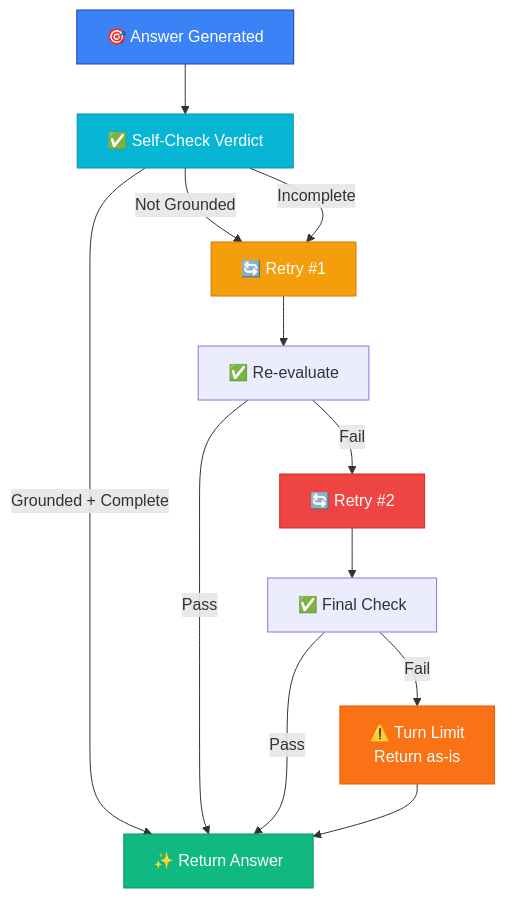
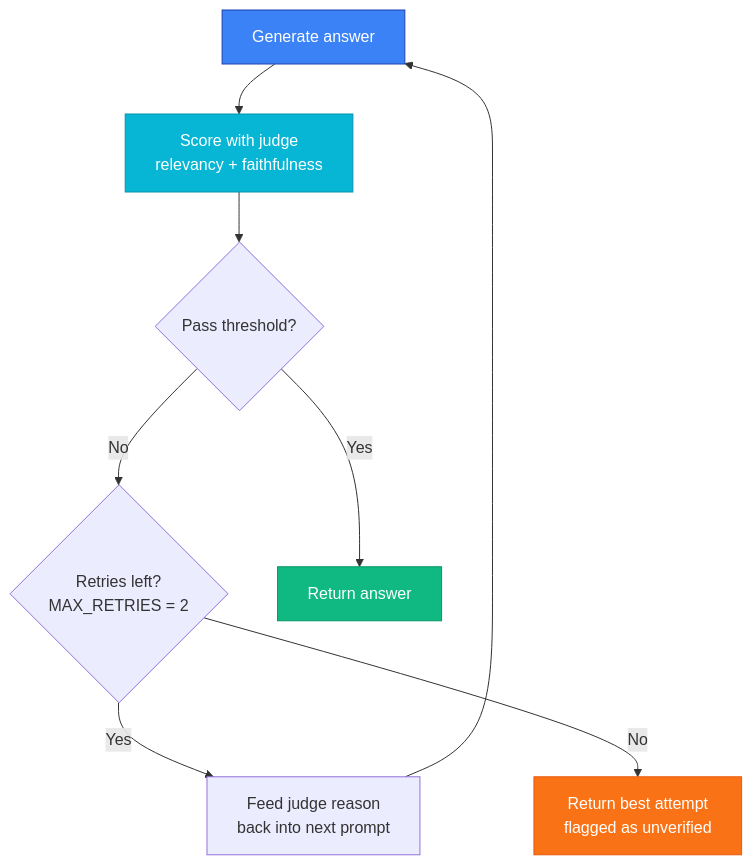
The second of 3 diagrams in README.md (Amith-Ganta/routed-agentic-compliance-rag), drawn with Mermaid before and after one commit. The commit also changed other lines of this file and 19 other files, not shown here.

````diff
--- a/README.md
+++ b/README.md
@@ -264,24 +112,22 @@
 ```mermaid
 graph TD
-    START["🎯 Answer Generated"]
-    CHECK["✅ Self-Check Verdict"]
-    
-    START --> CHECK
-    CHECK -->|Grounded + Complete| END["✨ Return Answer"]
-    CHECK -->|Not Grounded| RETRY1["🔄 Retry #1"]
-    CHECK -->|Incomplete| RETRY1
-    RETRY1 --> CHECK2["✅ Re-evaluate"]
-    CHECK2 -->|Pass| END
-    CHECK2 -->|Fail| RETRY2["🔄 Retry #2"]
-    RETRY2 --> CHECK3["✅ Final Check"]
-    CHECK3 -->|Pass| END
-    CHECK3 -->|Fail| EXCEED["⚠️ Turn Limit<br/>Return as-is"]
-    EXCEED --> END
-    
-    style START fill:#3b82f6,stroke:#1e40af,color:#fff
-    style CHECK fill:#06b6d4,stroke:#0891b2,color:#fff
-    style RETRY1 fill:#f59e0b,stroke:#d97706,color:#fff
-    style RETRY2 fill:#ef4444,stroke:#dc2626,color:#fff
-    style END fill:#10b981,stroke:#059669,color:#fff
-    style EXCEED fill:#f97316,stroke:#ea580c,color:#fff
+    GEN["Generate answer"]
+    SCORE["Score with judge<br/>relevancy + faithfulness"]
+    OK{"Pass threshold?"}
+    RETRY{"Retries left?<br/>MAX_RETRIES = 2"}
+    RETURN_OK["Return answer"]
+    RETURN_LAST["Return best attempt<br/>flagged as unverified"]
+
+    GEN --> SCORE
+    SCORE --> OK
+    OK -->|Yes| RETURN_OK
+    OK -->|No| RETRY
+    RETRY -->|Yes| FEEDBACK["Feed judge reason<br/>back into next prompt"]
+    FEEDBACK --> GEN
+    RETRY -->|No| RETURN_LAST
+
+    style GEN fill:#3b82f6,stroke:#1e40af,color:#fff
+    style SCORE fill:#06b6d4,stroke:#0891b2,color:#fff
+    style RETURN_OK fill:#10b981,stroke:#059669,color:#fff
+    style RETURN_LAST fill:#f97316,stroke:#ea580c,color:#fff
 ```
````
